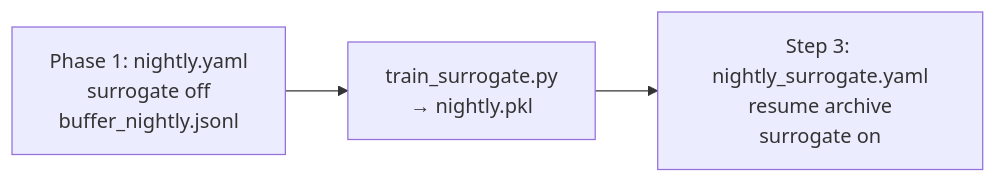
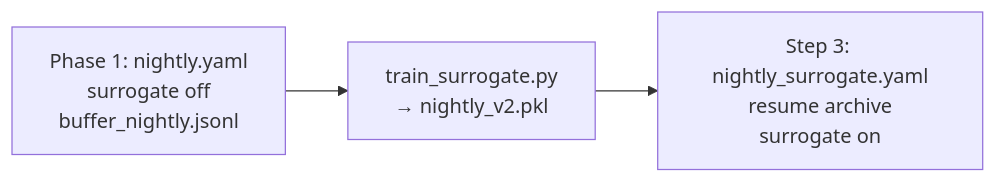
Before and after one commit to Starovoitov/LifeManifold: the tenth of 10 diagrams in docs/MAPELITES.md, drawn with Mermaid. The commit also changed other lines of this file and 9 other files, not shown here.

First line of the commit message:
Enhance surrogate model functionality and update documentation for schema v2

````diff
--- a/docs/MAPELITES.md
+++ b/docs/MAPELITES.md
@@ -550,7 +563,7 @@
 ```mermaid
 flowchart LR
   P1["Phase 1: nightly.yaml\nsurrogate off\nbuffer_nightly.jsonl"]
-  TR["train_surrogate.py\n→ nightly.pkl"]
+  TR["train_surrogate.py\n→ nightly_v2.pkl"]
   SUR["Step 3: nightly_surrogate.yaml\nresume archive\nsurrogate on"]
   P1 --> TR --> SUR
 ```
````
